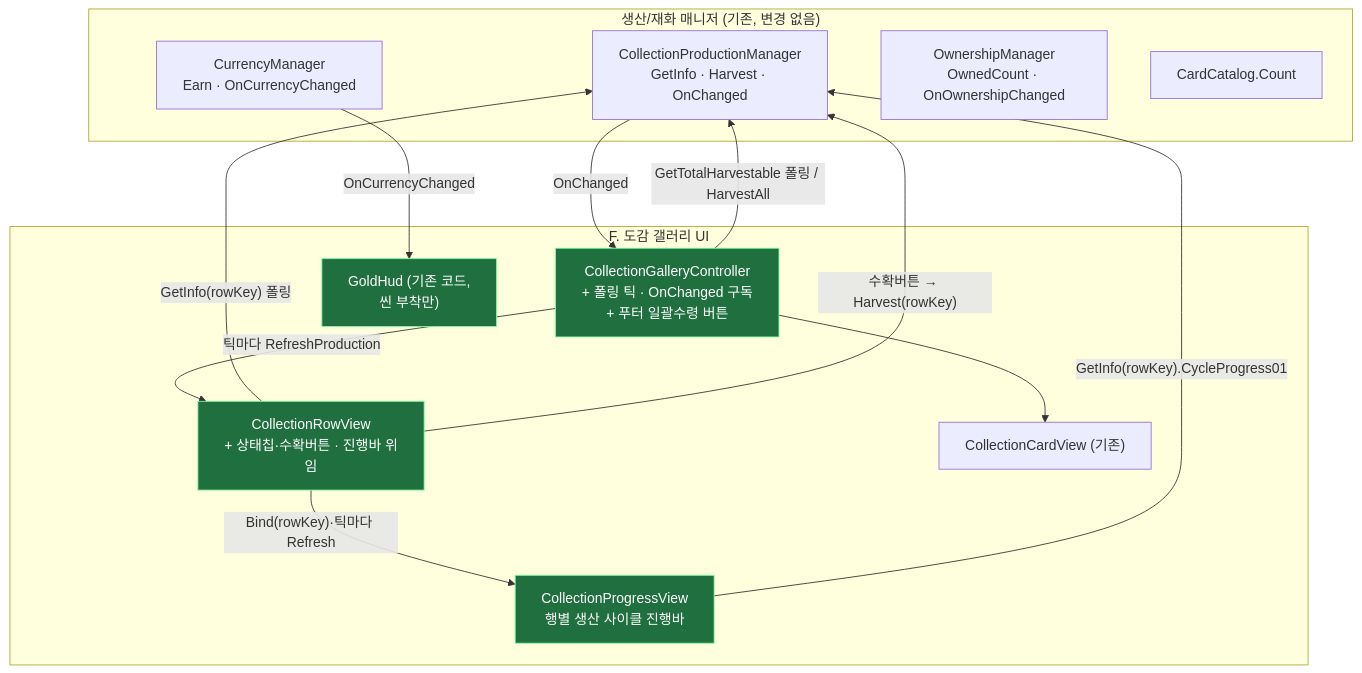
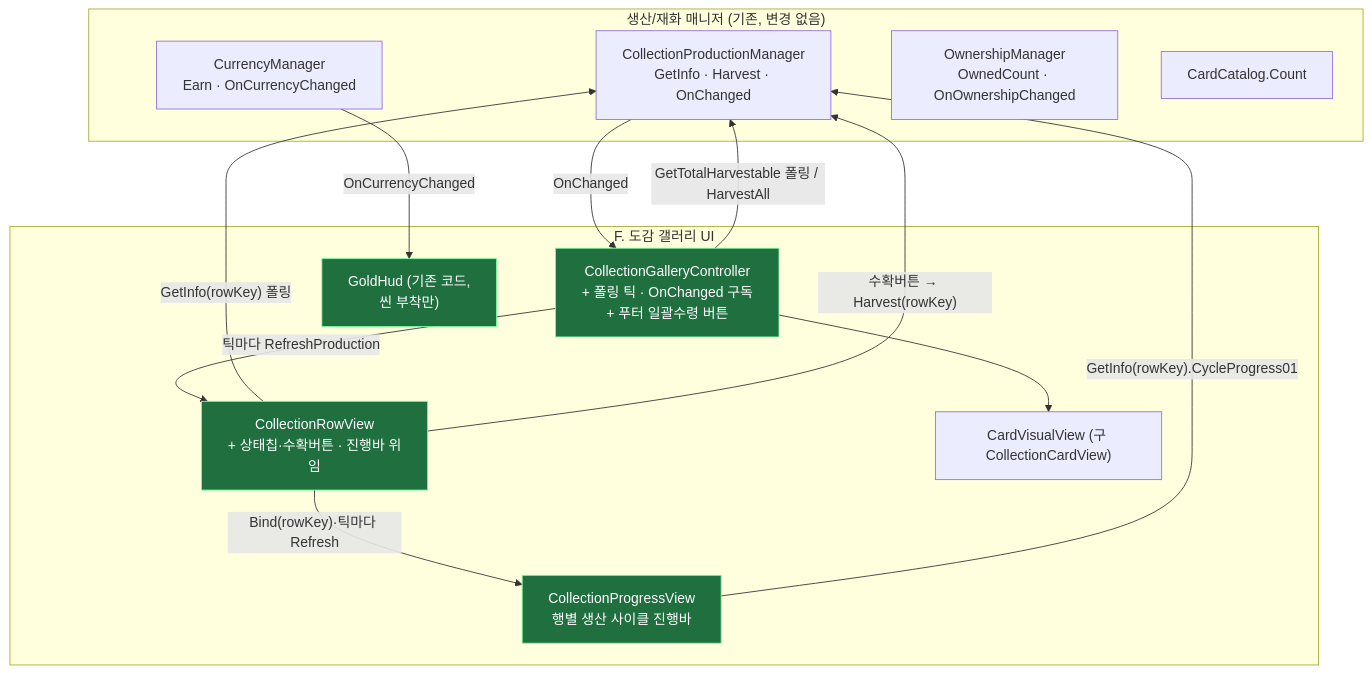
One commit to hspark-maker/TeamfightTCG_Migriation changed the third of 18 diagrams in docs/OutGamePlan/STRUCTURE.md. Above: the diagram before and after it, drawn with Mermaid. The commit also changed other lines of this file and 28 other files, not shown here.

````diff
--- a/docs/OutGamePlan/STRUCTURE.md
+++ b/docs/OutGamePlan/STRUCTURE.md
@@ -161,29 +162,29 @@
 ```mermaid
 flowchart TD
     subgraph mgr["생산/재화 매니저 (기존, 변경 없음)"]
         PROD["CollectionProductionManager<br/>GetInfo · Harvest · OnChanged"]
         CUR["CurrencyManager<br/>Earn · OnCurrencyChanged"]
         OWN["OwnershipManager<br/>OwnedCount · OnOwnershipChanged"]
         CAT["CardCatalog.Count"]
     end
 
     subgraph ui["F. 도감 갤러리 UI"]
         GAL["CollectionGalleryController<br/>+ 폴링 틱 · OnChanged 구독<br/>+ 푸터 일괄수령 버튼"]:::new
         RV["CollectionRowView<br/>+ 상태칩·수확버튼 · 진행바 위임"]:::new
-        CV["CollectionCardView (기존)"]
+        CV["CardVisualView (구 CollectionCardView)"]
         PV["CollectionProgressView<br/>행별 생산 사이클 진행바"]:::new
         HUD["GoldHud (기존 코드,<br/>씬 부착만)"]:::new
     end
 
     GAL -->|"틱마다 RefreshProduction"| RV
     RV -->|"GetInfo(rowKey) 폴링"| PROD
     RV -->|"수확버튼 → Harvest(rowKey)"| PROD
     PROD -->|"OnChanged"| GAL
     GAL --> CV
     RV -->|"Bind(rowKey)·틱마다 Refresh"| PV
     PV -->|"GetInfo(rowKey).CycleProgress01"| PROD
     GAL -->|"GetTotalHarvestable 폴링 / HarvestAll"| PROD
     CUR -->|"OnCurrencyChanged"| HUD
 
     classDef new fill:#1f6f3f,stroke:#7CFC9E,color:#fff;
 ```
````
